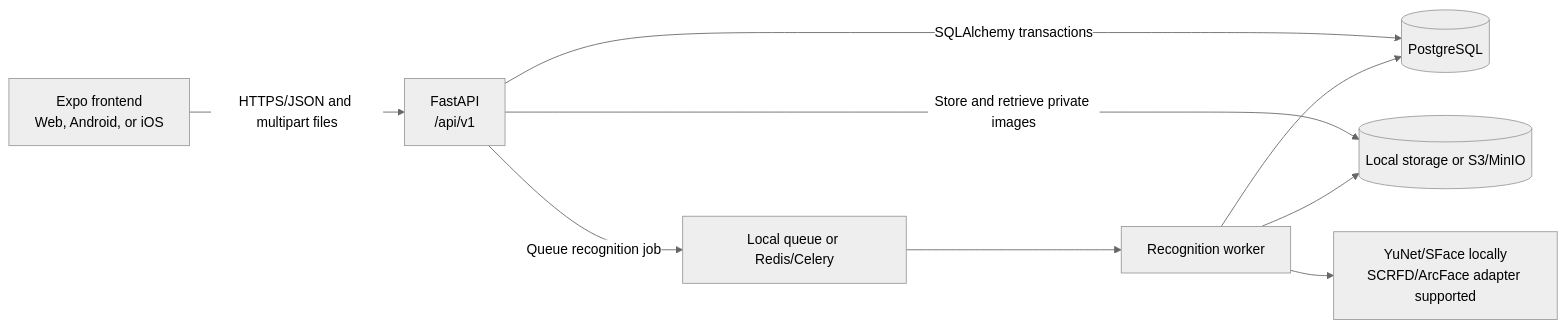
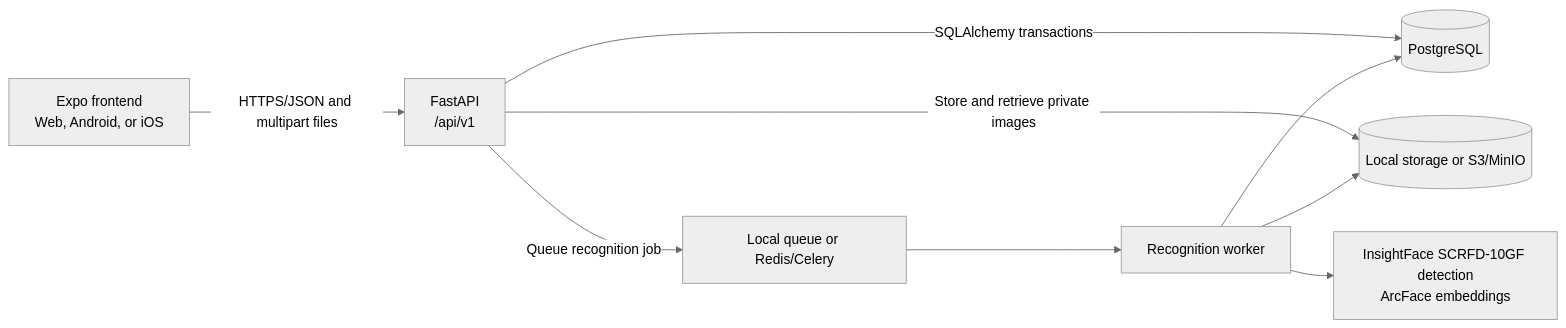
The first of 2 diagrams in FRONTEND_BACKEND_INTEGRATION.md (Pawansaisukhesh2530/Photo-Attendance), drawn with Mermaid (neutral theme) before and after one commit. The commit also changed other lines of this file and 40 other files, not shown here.

Commit message:
Integrate InsightFace attendance recognition

````diff
--- a/FRONTEND_BACKEND_INTEGRATION.md
+++ b/FRONTEND_BACKEND_INTEGRATION.md
@@ -11,11 +11,11 @@
 ```mermaid
 flowchart LR
     UI[Expo frontend<br/>Web, Android, or iOS] -->|HTTPS/JSON and multipart files| API[FastAPI<br/>/api/v1]
     API -->|SQLAlchemy transactions| DB[(PostgreSQL)]
     API -->|Store and retrieve private images| STORE[(Local storage or S3/MinIO)]
     API -->|Queue recognition job| QUEUE[Local queue or Redis/Celery]
     QUEUE --> WORKER[Recognition worker]
     WORKER --> DB
     WORKER --> STORE
-    WORKER --> MODELS[YuNet/SFace locally<br/>SCRFD/ArcFace adapter supported]
+    WORKER --> MODELS[InsightFace SCRFD-10GF detection<br/>ArcFace embeddings]
 ```
````
